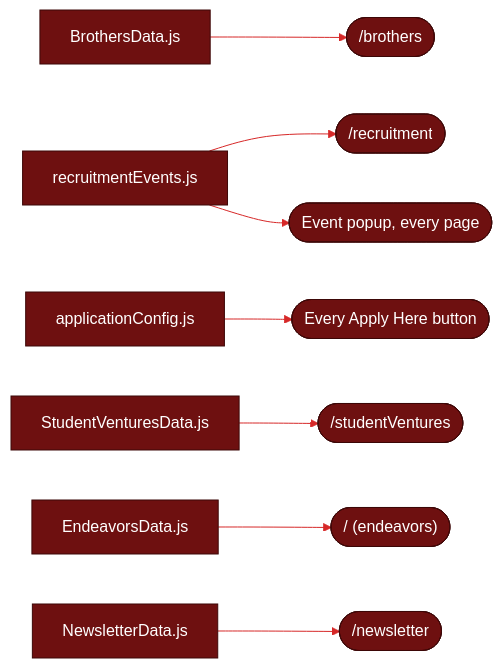
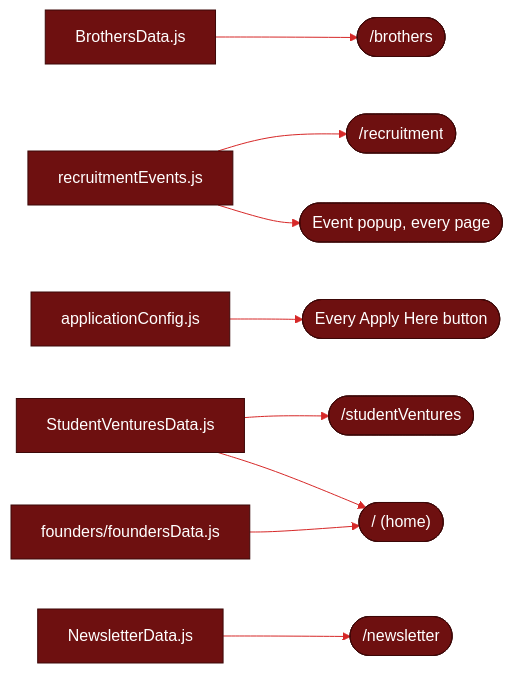
Before and after one commit to entcornell/ent-website: the second of 4 diagrams in README.md, drawn with Mermaid. The commit also changed other lines of this file and 94 other files, not shown here.

````diff
--- a/README.md
+++ b/README.md
@@ -160,11 +161,12 @@
 ```mermaid
 %%{init: {"theme": "base", "themeVariables": {"primaryColor": "#6E1010", "primaryTextColor": "#ffffff", "primaryBorderColor": "#3D0808", "lineColor": "#D62828", "fontFamily": "Georgia, serif"}}}%%
 flowchart LR
     brothers["BrothersData.js"] --> p1(["/brothers"])
     events["recruitmentEvents.js"] --> p2(["/recruitment"])
     events --> popup(["Event popup, every page"])
     config["applicationConfig.js"] --> apply(["Every Apply Here button"])
     ventures["StudentVenturesData.js"] --> p3(["/studentVentures"])
-    endeavors["EndeavorsData.js"] --> p4(["/ (endeavors)"])
+    founders["founders/foundersData.js"] --> p4(["/ (home)"])
+    ventures --> p4
     news["NewsletterData.js"] --> p5(["/newsletter"])
 ```
````
